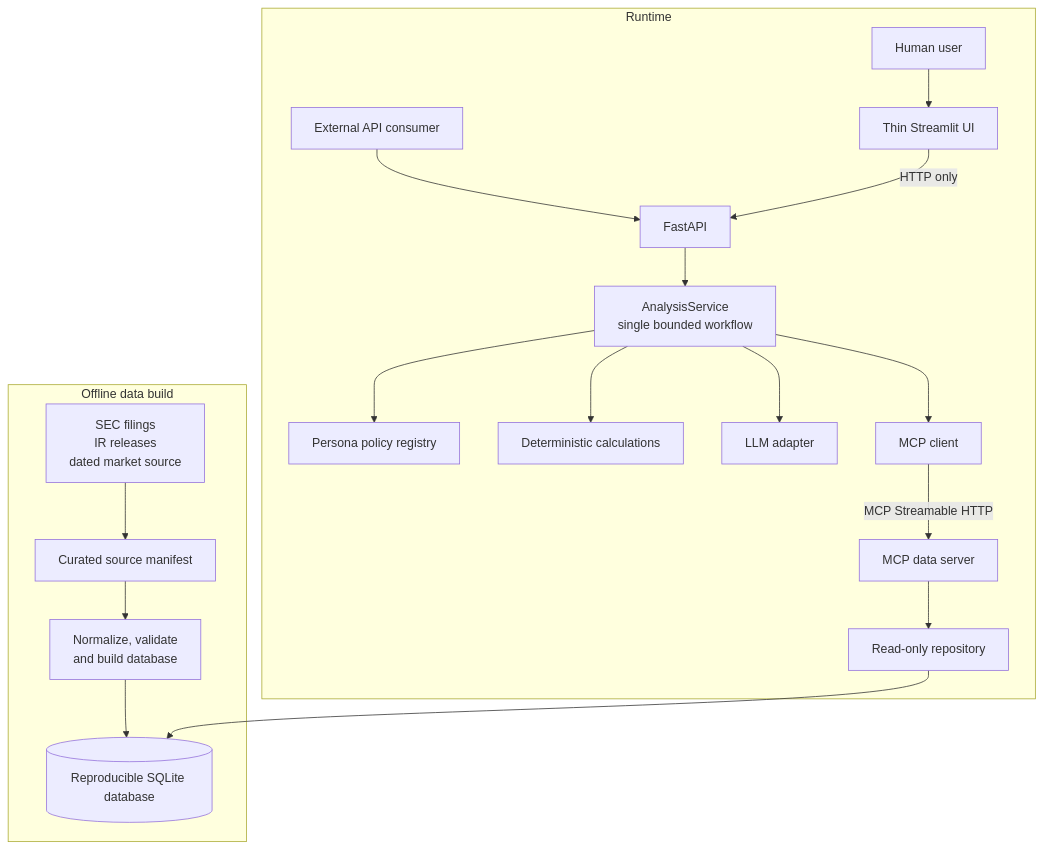
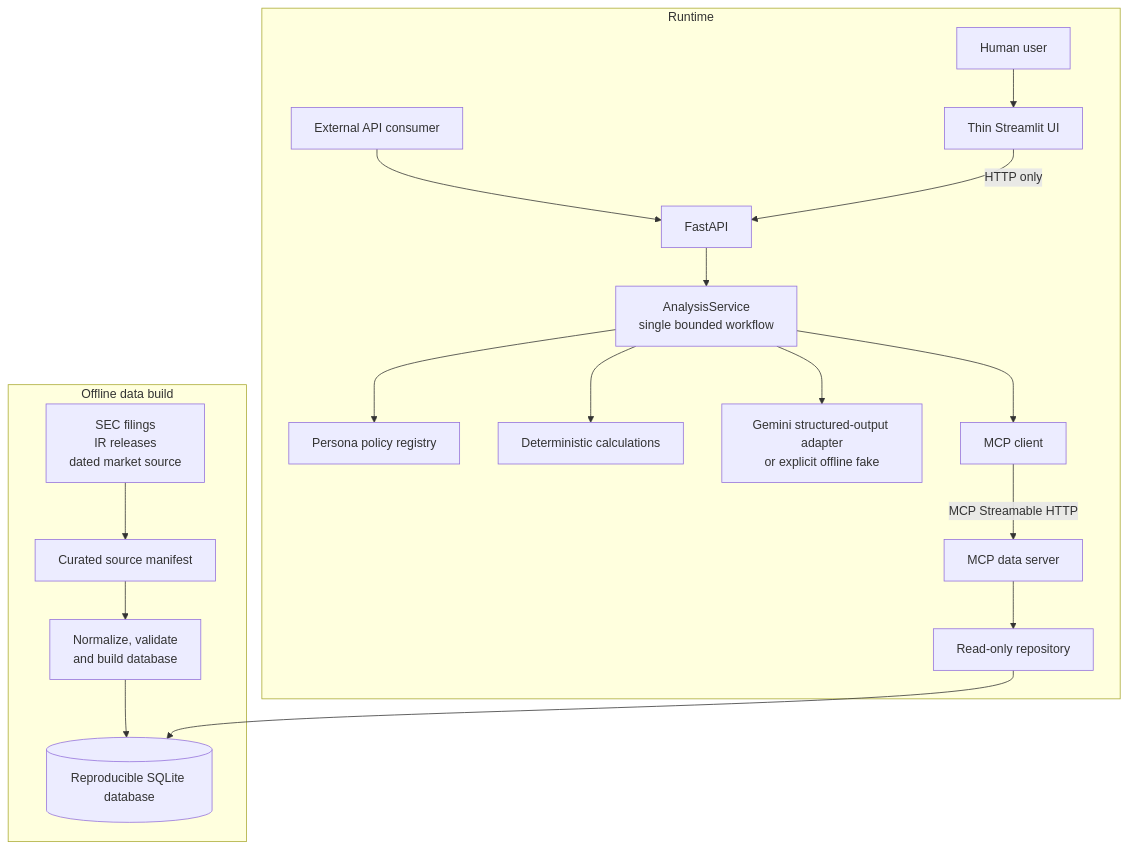
One commit to salujajaskeerat/FinAgent changed the first of 3 diagrams in docs/DESIGN.md. Above: the diagram before and after it, drawn with Mermaid. The commit also changed other lines of this file and 13 other files, not shown here.

Commit message:
feat: add configurable Gemini LLM provider

````diff
--- a/docs/DESIGN.md
+++ b/docs/DESIGN.md
@@ -56,27 +66,27 @@
 ```mermaid
 flowchart TB
     subgraph BuildTime["Offline data build"]
         Sources["SEC filings<br/>IR releases<br/>dated market source"]
         Manifest["Curated source manifest"]
         Builder["Normalize, validate<br/>and build database"]
         DB[("Reproducible SQLite database")]
 
         Sources --> Manifest
         Manifest --> Builder
         Builder --> DB
     end
 
     subgraph Runtime["Runtime"]
         Human["Human user"] --> UI["Thin Streamlit UI"]
         Consumer["External API consumer"] --> API["FastAPI"]
         UI -->|"HTTP only"| API
         API --> Agent["AnalysisService<br/>single bounded workflow"]
         Agent --> Policy["Persona policy registry"]
         Agent --> Calculator["Deterministic calculations"]
-        Agent --> LLM["LLM adapter"]
+        Agent --> LLM["Gemini structured-output adapter<br/>or explicit offline fake"]
         Agent --> MCPClient["MCP client"]
         MCPClient -->|"MCP Streamable HTTP"| MCPServer["MCP data server"]
         MCPServer --> Repository["Read-only repository"]
         Repository --> DB
     end
 ```
````
